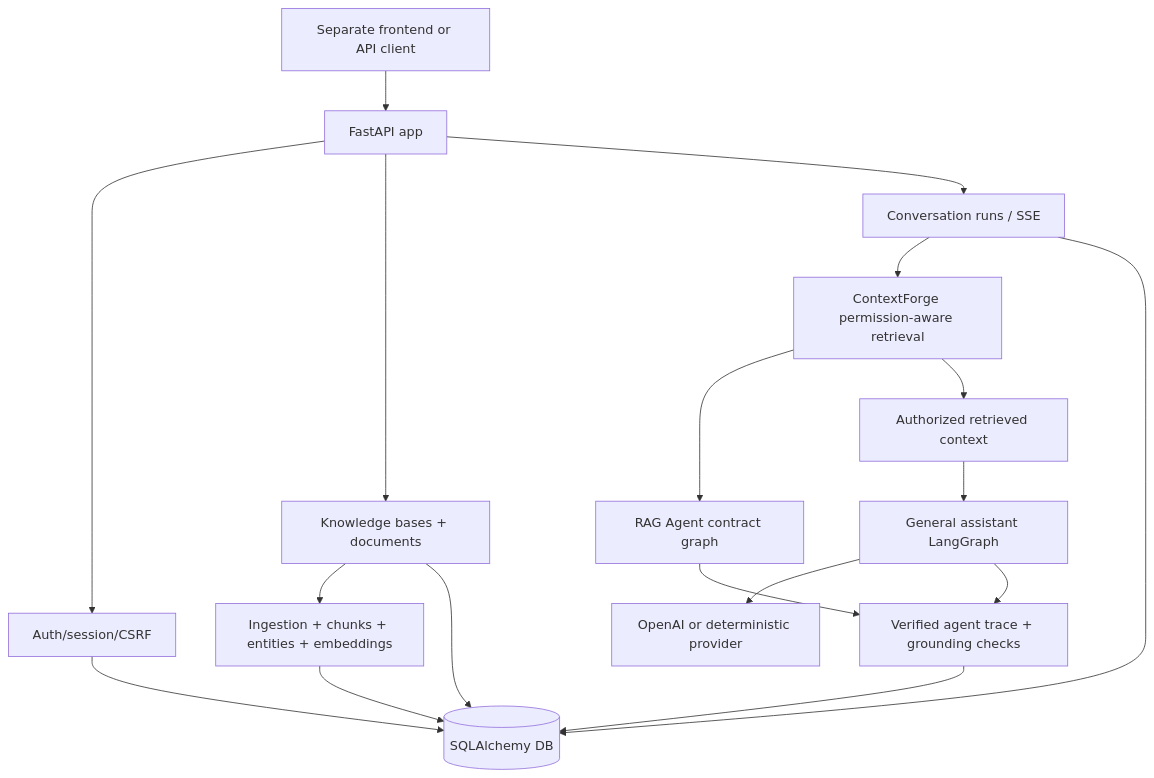
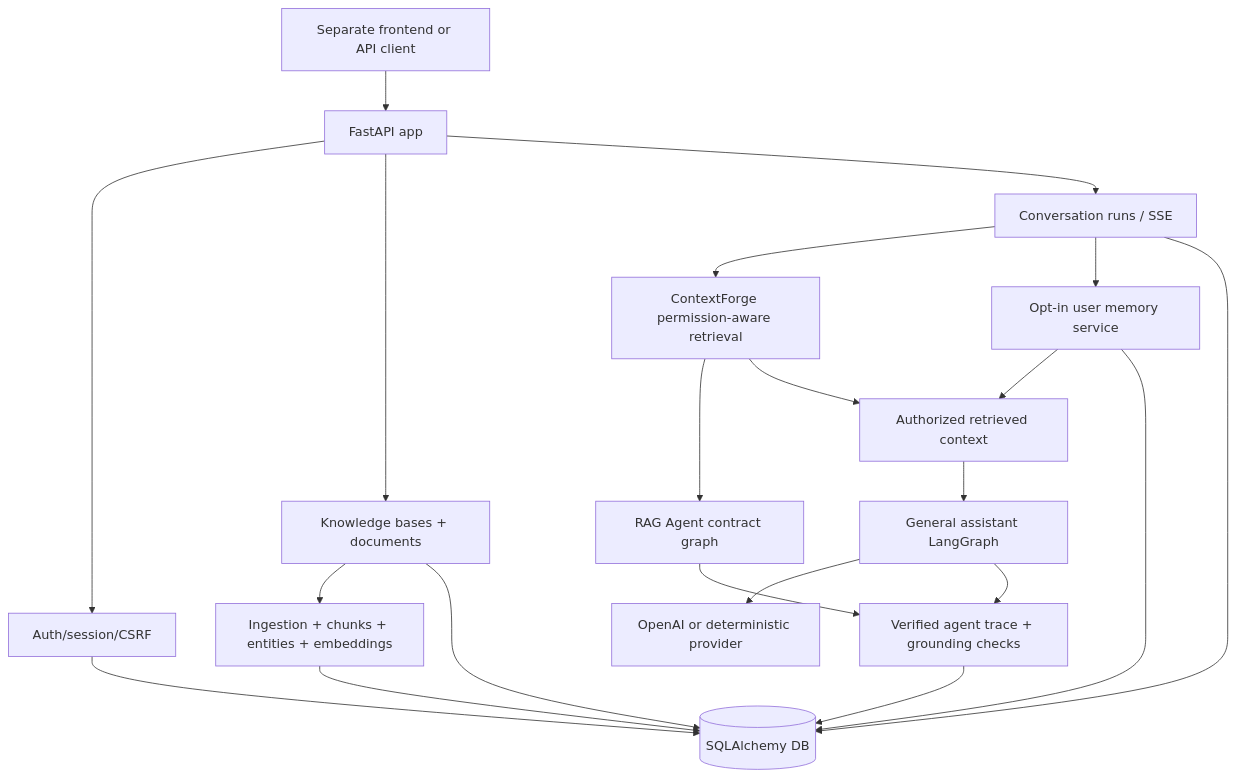
One commit to heecheon92/my-agents changed the diagram in README.en.md. Above: the diagram before and after it, drawn with Mermaid. The commit also changed other lines of this file and 31 other files, not shown here.

````diff
--- a/README.en.md
+++ b/README.en.md
@@ -55,20 +56,23 @@
 ```mermaid
 flowchart TD
     Frontend["Separate frontend or API client"] --> API["FastAPI app"]
     API --> Auth["Auth/session/CSRF"]
     API --> KB["Knowledge bases + documents"]
     API --> Runs["Conversation runs / SSE"]
     KB --> Ingest["Ingestion + chunks + entities + embeddings"]
     Runs --> ContextForge["ContextForge permission-aware retrieval"]
+    Runs --> Memory["Opt-in user memory service"]
     ContextForge --> RAGAgent["RAG Agent contract graph"]
     ContextForge --> GraphInput["Authorized retrieved context"]
     GraphInput --> Graph["General assistant LangGraph"]
+    Memory --> GraphInput
     Graph --> Provider["OpenAI or deterministic provider"]
     RAGAgent --> Events["Verified agent trace + grounding checks"]
     Graph --> Events
     Auth --> DB[("SQLAlchemy DB")]
     KB --> DB
     Ingest --> DB
     Runs --> DB
+    Memory --> DB
     Events --> DB
 ```
````
